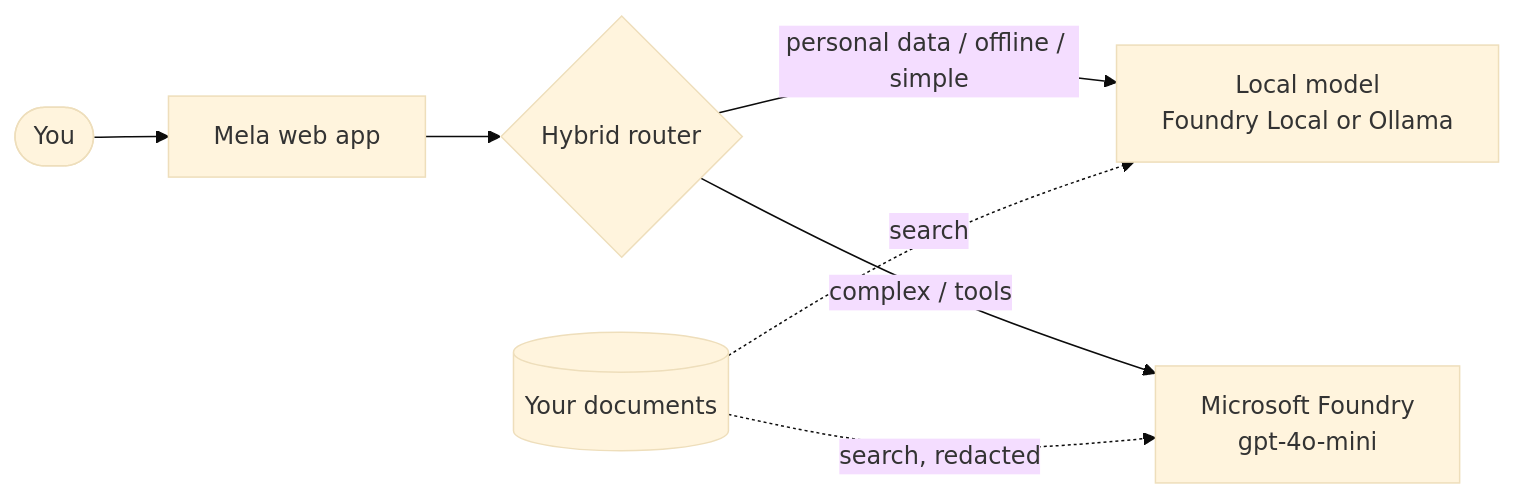
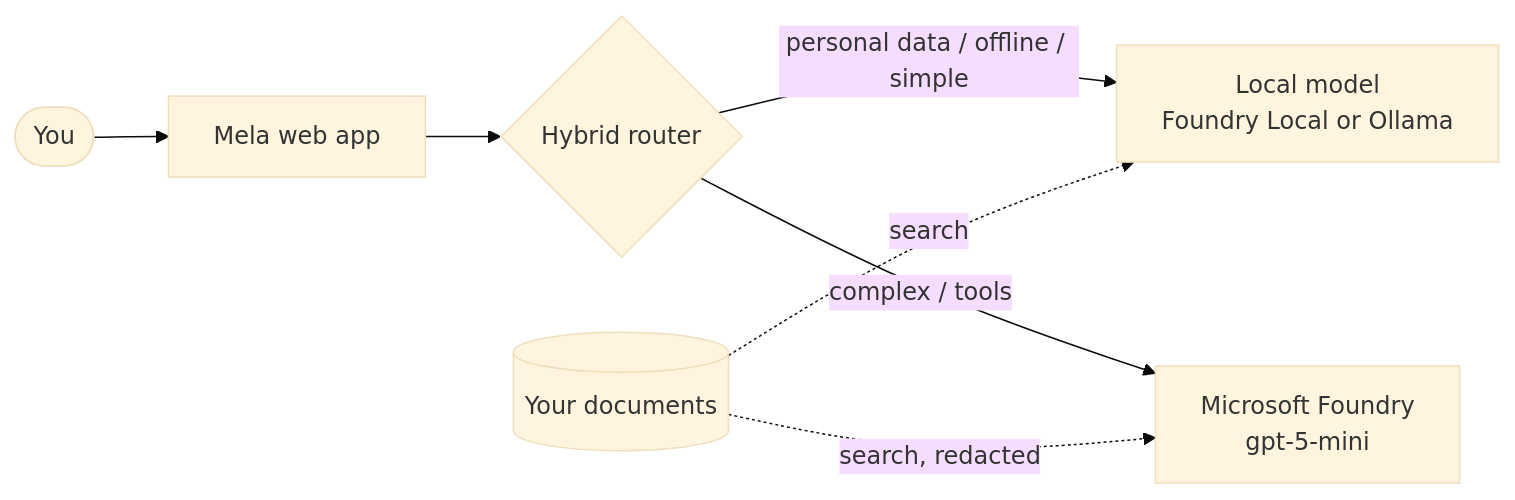
The diagram in labs/README.md (Malvine254/pycon-2026), drawn with Mermaid (base theme) before and after one commit. The commit also changed 14 other files, not shown here.

````diff
--- a/labs/README.md
+++ b/labs/README.md
@@ -13,9 +13,9 @@
 ```mermaid
 flowchart LR
     U([You]) --> W[Mela web app]
     W --> R{Hybrid router}
     R -- personal data / offline / simple --> L[Local model<br/>Foundry Local or Ollama]
-    R -- complex / tools --> C[Microsoft Foundry<br/>gpt-4o-mini]
+    R -- complex / tools --> C[Microsoft Foundry<br/>gpt-5-mini]
     D[(Your documents)] -. search .-> L
     D -. search, redacted .-> C
 ```
````
